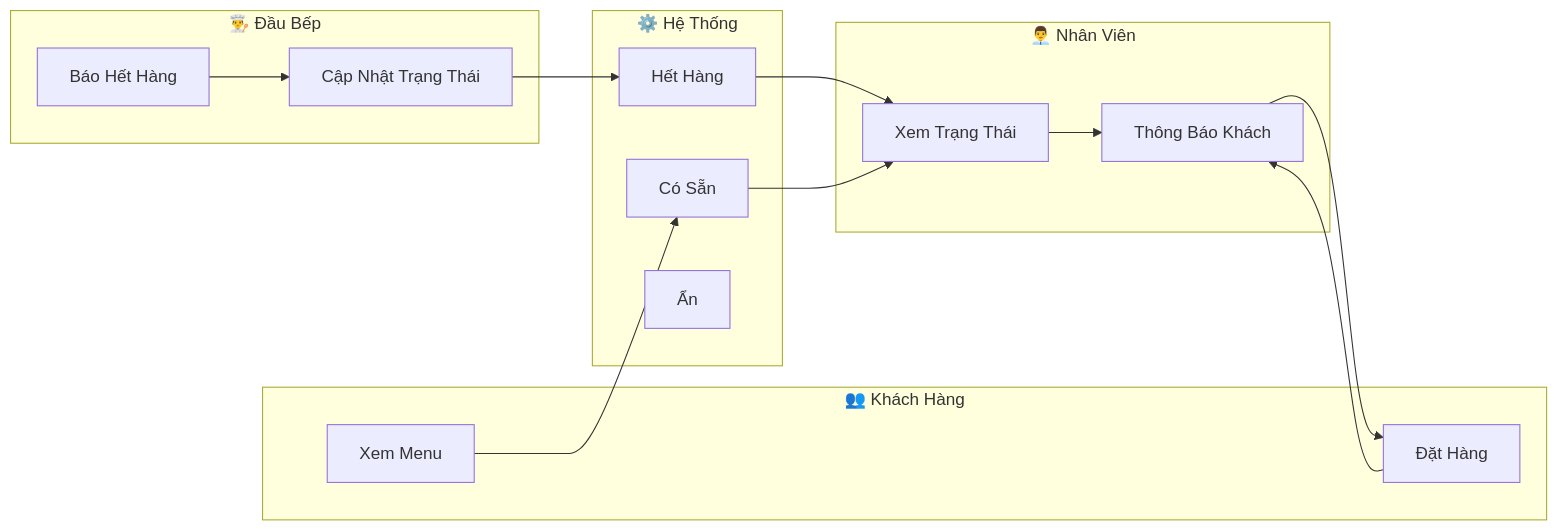
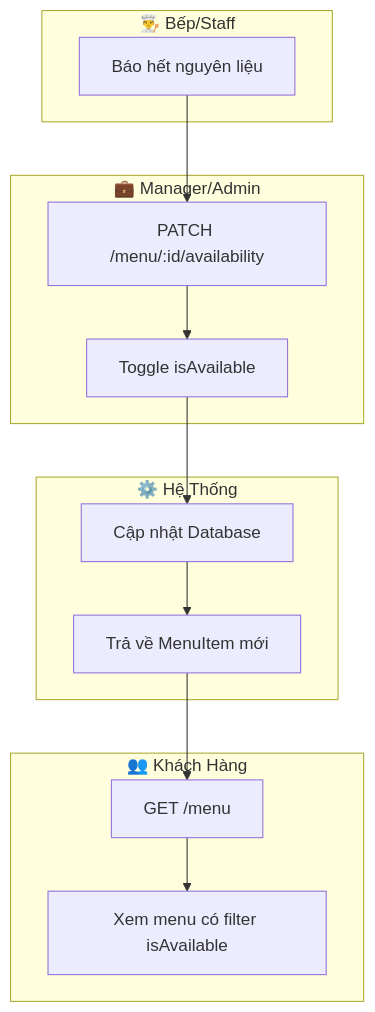
The seventh of 12 diagrams in docs/diagrams/MENU_MANAGEMENT_DIAGRAMS.md (huy1235588/restaurant-management), drawn with Mermaid before and after one commit. The commit also changed other lines of this file and 18 other files, not shown here.

````diff
--- a/docs/diagrams/MENU_MANAGEMENT_DIAGRAMS.md
+++ b/docs/diagrams/MENU_MANAGEMENT_DIAGRAMS.md
@@ -291,32 +230,28 @@
 ```mermaid
-graph LR
-    subgraph Khách["👥 Khách Hàng"]
-        K1["Xem Menu"]
-        K2["Đặt Hàng"]
+graph TB
+    subgraph Kitchen["👨‍🍳 Bếp/Staff"]
+        K1["Báo hết nguyên liệu"]
     end
 
-    subgraph Bếp["👨‍🍳 Đầu Bếp"]
-        B1["Báo Hết Hàng"]
-        B2["Cập Nhật Trạng Thái"]
+    subgraph Manager["💼 Manager/Admin"]
+        M1["PATCH /menu/:id/availability"]
+        M2["Toggle isAvailable"]
     end
 
-    subgraph Nhân["👨‍💼 Nhân Viên"]
-        N1["Xem Trạng Thái"]
-        N2["Thông Báo Khách"]
+    subgraph System["⚙️ Hệ Thống"]
+        S1["Cập nhật Database"]
+        S2["Trả về MenuItem mới"]
     end
 
-    subgraph Hệ["⚙️ Hệ Thống"]
-        H1["Có Sẵn"]
-        H2["Hết Hàng"]
-        H3["Ẩn"]
+    subgraph Customer["👥 Khách Hàng"]
+        C1["GET /menu"]
+        C2["Xem menu có filter isAvailable"]
     end
 
-    K1 --> H1
-    K2 --> N2
-    B1 --> B2
-    B2 --> H2
-    H1 --> N1
-    H2 --> N1
-    N1 --> N2
-    N2 --> K2
+    K1 --> M1
+    M1 --> M2
+    M2 --> S1
+    S1 --> S2
+    S2 --> C1
+    C1 --> C2
 ```
````
